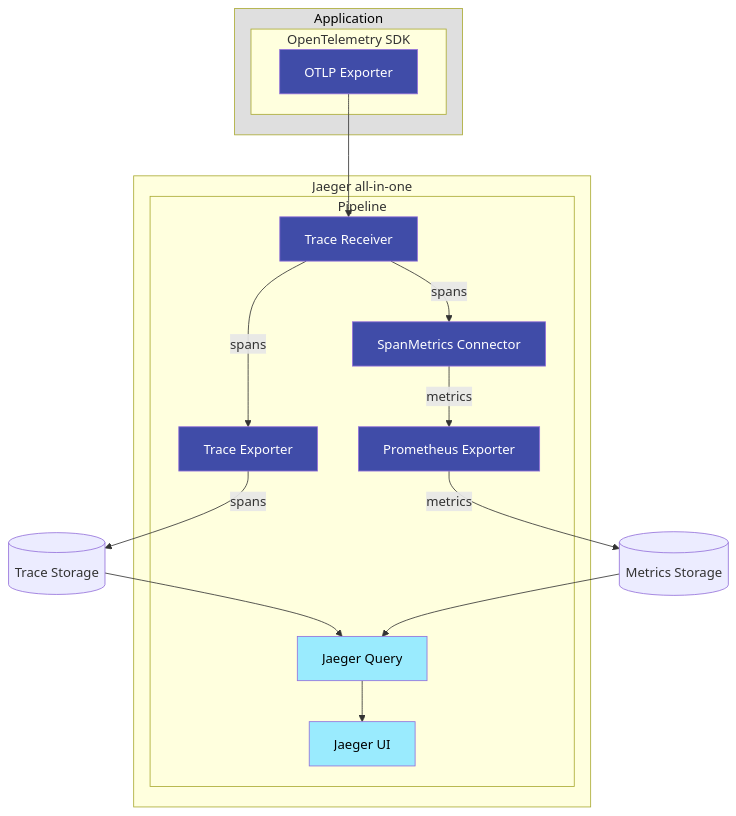
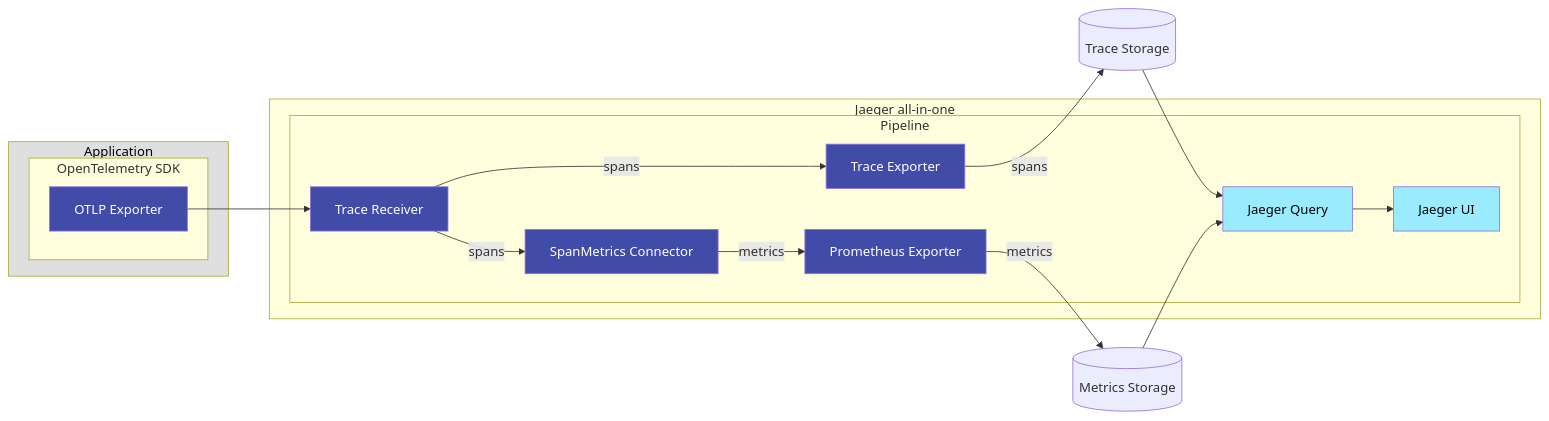
Before and after one commit to jaegertracing/documentation: the first of 2 diagrams in content/docs/v2/_dev/architecture/spm.md, drawn with Mermaid. The commit also changed other lines of this file, not shown here.

First line of the commit message:
Update v2/_dev/architecture/spm.md (#950)

```diff
--- a/content/docs/v2/_dev/architecture/spm.md
+++ b/content/docs/v2/_dev/architecture/spm.md
@@ -119,42 +177,42 @@
 {{<mermaid align="center">}}
-graph
+graph LR
     OTLP_EXPORTER[OTLP Exporter] --> TRACE_RECEIVER
 
     subgraph Application
         subgraph OpenTelemetry SDK
             OTLP_EXPORTER
         end
     end
 
     TRACE_RECEIVER[Trace Receiver] --> |spans| SPANMETRICS_CONN[SpanMetrics Connector]
     TRACE_RECEIVER --> |spans| TRACE_EXPORTER[Trace Exporter]
     TRACE_EXPORTER --> |spans| SPAN_STORE[(Trace Storage)]
     SPANMETRICS_CONN --> |metrics| PROMETHEUS_EXPORTER[Prometheus Exporter]
     PROMETHEUS_EXPORTER --> |metrics| METRICS_STORE[(Metrics Storage)]
 
     SPAN_STORE --> QUERY[Jaeger Query]
     METRICS_STORE --> QUERY
     QUERY --> UI[Jaeger UI]
 
     subgraph Jaeger all-in-one
         subgraph Pipeline
             TRACE_RECEIVER
             SPANMETRICS_CONN
             TRACE_EXPORTER
             PROMETHEUS_EXPORTER
             QUERY
             UI
         end
     end
 
     style Application fill:#DFDFDF,color:black
 
     style OTLP_EXPORTER fill:#404CA8,color:white
     style TRACE_RECEIVER fill:#404CA8,color:white
     style TRACE_EXPORTER fill:#404CA8,color:white
     style SPANMETRICS_CONN fill:#404CA8,color:white
     style PROMETHEUS_EXPORTER fill:#404CA8,color:white
 
     style UI fill:#9AEBFE,color:black
     style QUERY fill:#9AEBFE,color:black
 {{< /mermaid >}}
```
